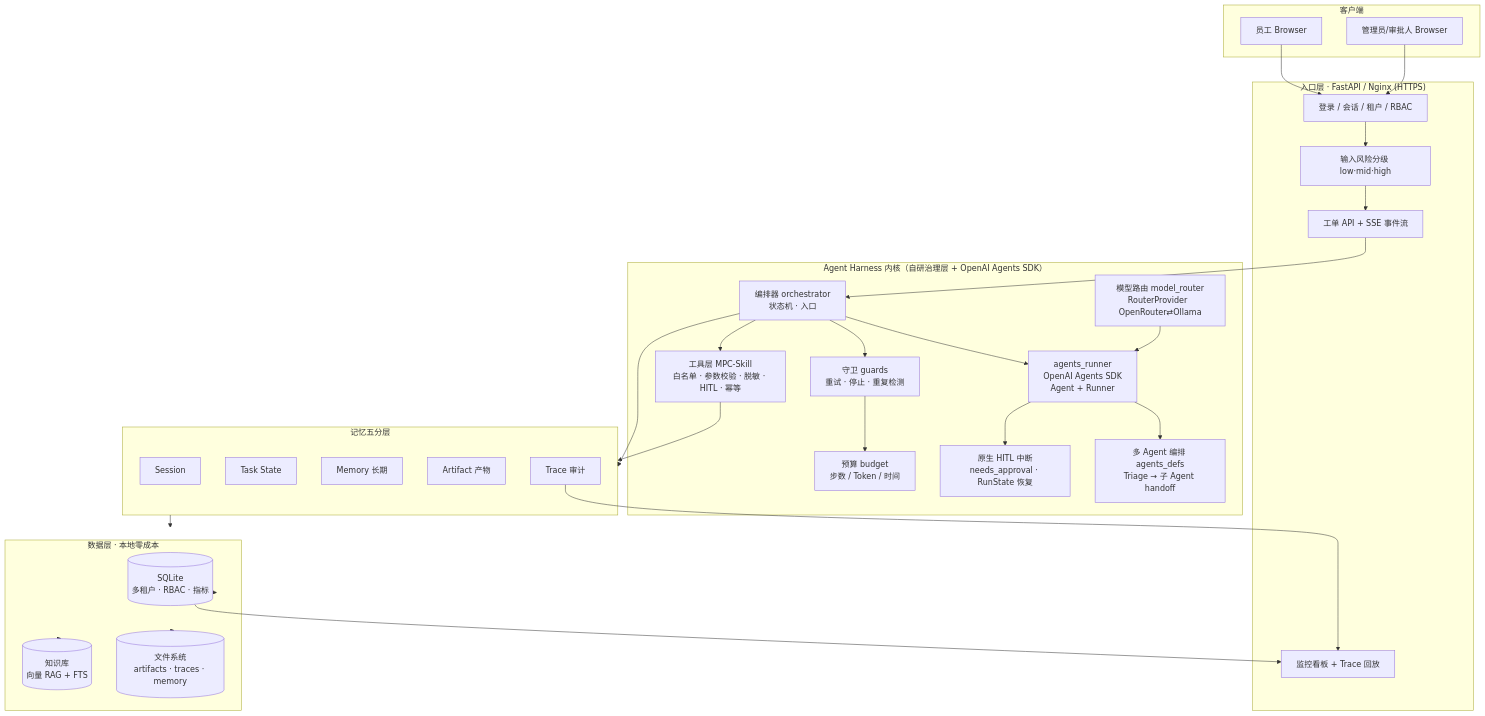
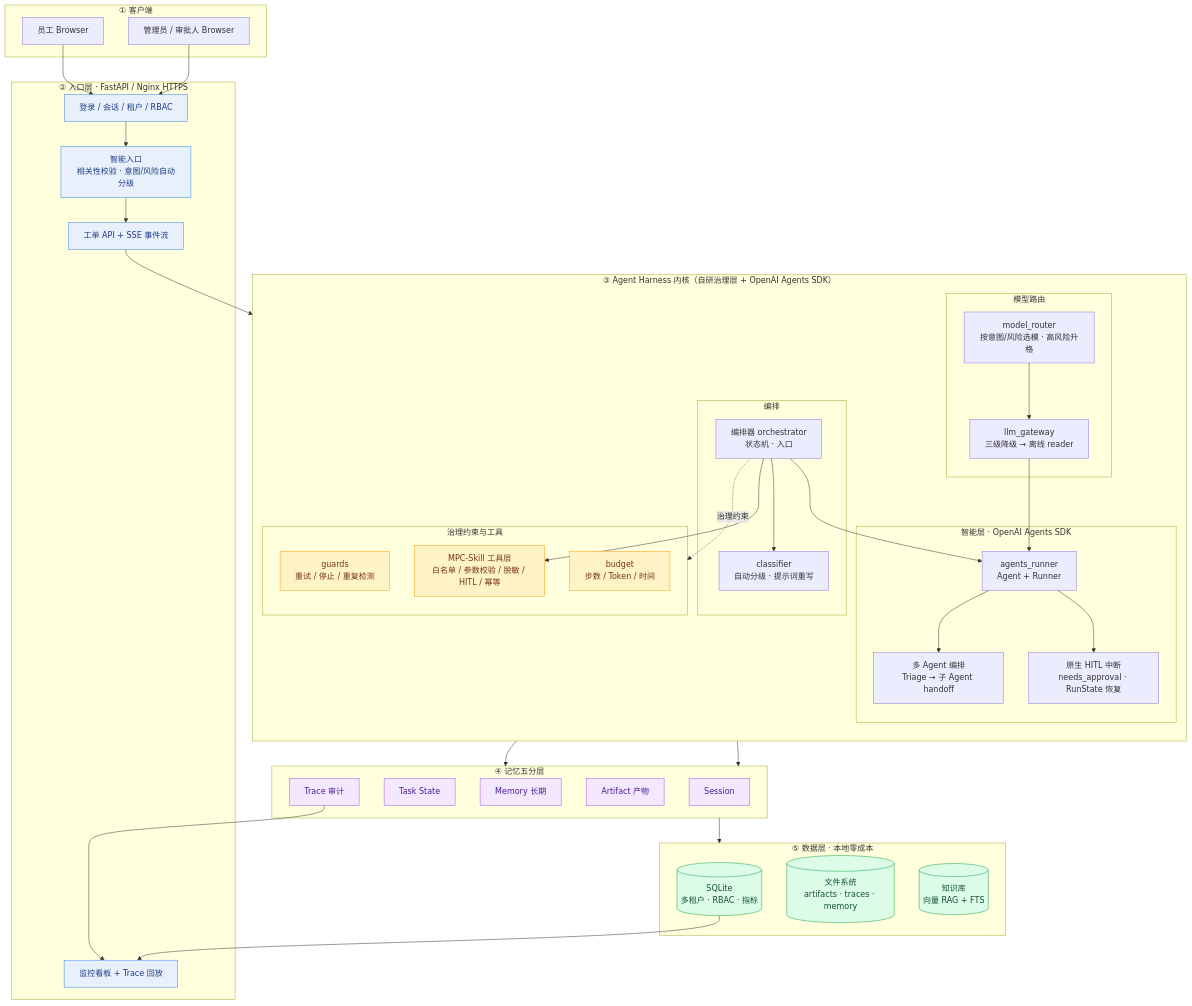
Before and after one commit to XiaoguaiXiaowai/Enterprise-Grade-Hybrid-Agent-Workflow_01: the first of 3 diagrams in README.md, drawn with Mermaid. The commit also changed other lines of this file and 2 other files, not shown here.

Commit message:
fix: 修复重写模型配置错误，更新默认LLM模型和文档
修复app/classifier.py中rewrite_content函数误用分类模型的问题
更新.env.example的默认LLM主模型为nvidia/nemotron-3-ultra-550b-a55b:free
全面优化README文档，重构架构流程图并添加工单工作流程说明

````diff
--- a/README.md
+++ b/README.md
@@ -33,59 +33,77 @@
 ```mermaid
 flowchart TB
-    subgraph Client["客户端"]
+    classDef entry fill:#e8f1fb,stroke:#3b82f6,color:#1e3a8a
+    classDef gov   fill:#fef3c7,stroke:#f59e0b,color:#78350f
+    classDef mem   fill:#f3e8ff,stroke:#a855f7,color:#4c1d95
+    classDef data  fill:#dcfce7,stroke:#16a34a,color:#14532d
+
+    subgraph client["① 客户端"]
         emp[员工 Browser]
-        adm[管理员/审批人 Browser]
+        adm[管理员 / 审批人 Browser]
     end
 
-    subgraph entry["入口层 · FastAPI / Nginx (HTTPS)"]
+    subgraph entry["② 入口层 · FastAPI / Nginx HTTPS"]
         auth[登录 / 会话 / 租户 / RBAC]
-        risk[输入风险分级 low·mid·high]
+        intake[智能入口<br/>相关性校验 · 意图/风险自动分级]
         api[工单 API + SSE 事件流]
         mon[监控看板 + Trace 回放]
     end
 
-    subgraph harness["Agent Harness 内核（自研治理层 + OpenAI Agents SDK）"]
-        orch[编排器 orchestrator<br/>状态机 · 入口]
-        agents[agents_runner<br/>OpenAI Agents SDK<br/>Agent + Runner]
-        multi[多 Agent 编排 agents_defs<br/>Triage → 子 Agent handoff]
-        hitl[原生 HITL 中断<br/>needs_approval · RunState 恢复]
-        router[模型路由 model_router<br/>RouterProvider  OpenRouter⇄Ollama]
-        guard[守卫 guards<br/>重试 · 停止 · 重复检测]
-        budget[预算 budget<br/>步数 / Token / 时间]
-        skills[工具层 MPC-Skill<br/>白名单 · 参数校验 · 脱敏 · HITL · 幂等]
+    subgraph harness["③ Agent Harness 内核（自研治理层 + OpenAI Agents SDK）"]
+        direction TB
+        subgraph orch_grp["编排"]
+            orch[编排器 orchestrator<br/>状态机 · 入口]
+            cls[classifier<br/>自动分级 · 提示词重写]
+        end
+        subgraph sdk_grp["智能层 · OpenAI Agents SDK"]
+            agents[agents_runner<br/>Agent + Runner]
+            multi[多 Agent 编排<br/>Triage → 子 Agent handoff]
+            hitl[原生 HITL 中断<br/>needs_approval · RunState 恢复]
+        end
+        subgraph model_grp["模型路由"]
+            router[model_router<br/>按意图/风险选模 · 高风险升格]
+            gw[llm_gateway<br/>三级降级 → 离线 reader]
+        end
+        subgraph gov_grp["治理约束与工具"]
+            guard[guards<br/>重试 / 停止 / 重复检测]
+            budget[budget<br/>步数 / Token / 时间]
+            skills[MPC-Skill 工具层<br/>白名单 / 参数校验 / 脱敏 / HITL / 幂等]
+        end
+        orch --> cls
+        orch --> agents
+        orch -. 治理约束 .-> gov_grp
     end
 
-    subgraph memory["记忆五分层"]
+    subgraph memgrp["④ 记忆五分层"]
         sess[Session]
         task[Task State]
         memo[Memory 长期]
         art[Artifact 产物]
         trc[Trace 审计]
     end
 
-    subgraph data["数据层 · 本地零成本"]
+    subgraph dt["⑤ 数据层 · 本地零成本"]
         sql[(SQLite<br/>多租户 · RBAC · 指标)]
         fs[(文件系统<br/>artifacts · traces · memory)]
         kb[(知识库<br/>向量 RAG + FTS)]
     end
 
     emp --> auth
     adm --> auth
-    auth --> risk
-    risk --> api
+    auth --> intake --> api
     api --> orch
-    orch --> agents
     agents --> multi
     agents --> hitl
-    router --> agents
-    orch --> guard --> budget
+    router --> gw --> agents
     orch --> skills
-    skills --> memory
-    orch --> memory
-    memory --> data
-    data --> sql
-    data --> fs
-    data --> kb
+    skills --> memgrp
+    orch --> memgrp
+    memgrp --> dt
     trc --> mon
     sql --> mon
+
+    class auth,intake,api,mon entry
+    class guard,budget,skills gov
+    class sess,task,memo,art,trc mem
+    class sql,fs,kb data
 ```
````
